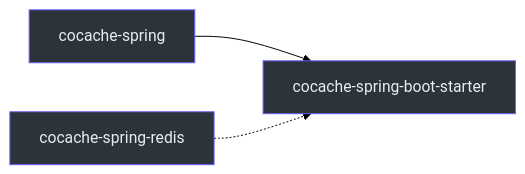
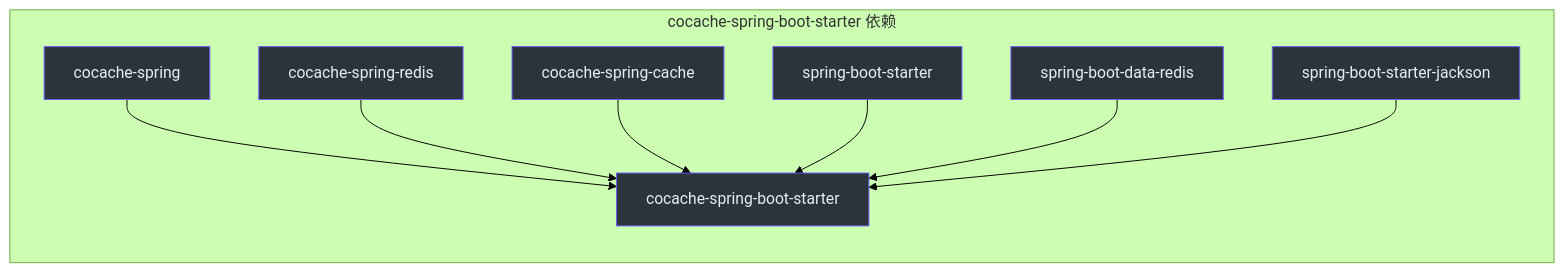
One commit to Ahoo-Wang/CoCache changed the first of 6 diagrams in wiki/zh/modules/cocache-spring-boot-starter.md. Above: the diagram before and after it, drawn with Mermaid (forest theme). The commit also changed other lines of this file and 25 other files, not shown here.

````diff
--- a/wiki/zh/modules/cocache-spring-boot-starter.md
+++ b/wiki/zh/modules/cocache-spring-boot-starter.md
@@ -12,9 +12,34 @@
 ```mermaid
 graph LR
-    Spring["cocache-spring"] --> Starter["cocache-spring-boot-starter"]
-    Redis["cocache-spring-redis"] -.-> Starter
+    subgraph sg_40 ["cocache-spring-boot-starter 依赖"]
 
-    style Spring fill:#2d333b,stroke:#6d5dfc,color:#e6edf3
-    style Starter fill:#2d333b,stroke:#6d5dfc,color:#e6edf3
-    style Redis fill:#2d333b,stroke:#6d5dfc,color:#e6edf3
+        spring["cocache-spring"]
+        style spring fill:#2d333b,stroke:#6d5dfc,color:#e6edf3
+
+        redis["cocache-spring-redis"]
+        style redis fill:#2d333b,stroke:#6d5dfc,color:#e6edf3
+
+        cache["cocache-spring-cache"]
+        style cache fill:#2d333b,stroke:#6d5dfc,color:#e6edf3
+
+        starter["cocache-spring-boot-starter"]
+        style starter fill:#2d333b,stroke:#6d5dfc,color:#e6edf3
+
+        boot["spring-boot-starter"]
+        style boot fill:#2d333b,stroke:#6d5dfc,color:#e6edf3
+
+        data_redis["spring-boot-data-redis"]
+        style data_redis fill:#2d333b,stroke:#6d5dfc,color:#e6edf3
+
+        jackson_boot["spring-boot-starter-jackson"]
+        style jackson_boot fill:#2d333b,stroke:#6d5dfc,color:#e6edf3
+
+        spring --> starter
+        redis --> starter
+        cache --> starter
+        boot --> starter
+        data_redis --> starter
+        jackson_boot --> starter
+    end
+
 ```
````
